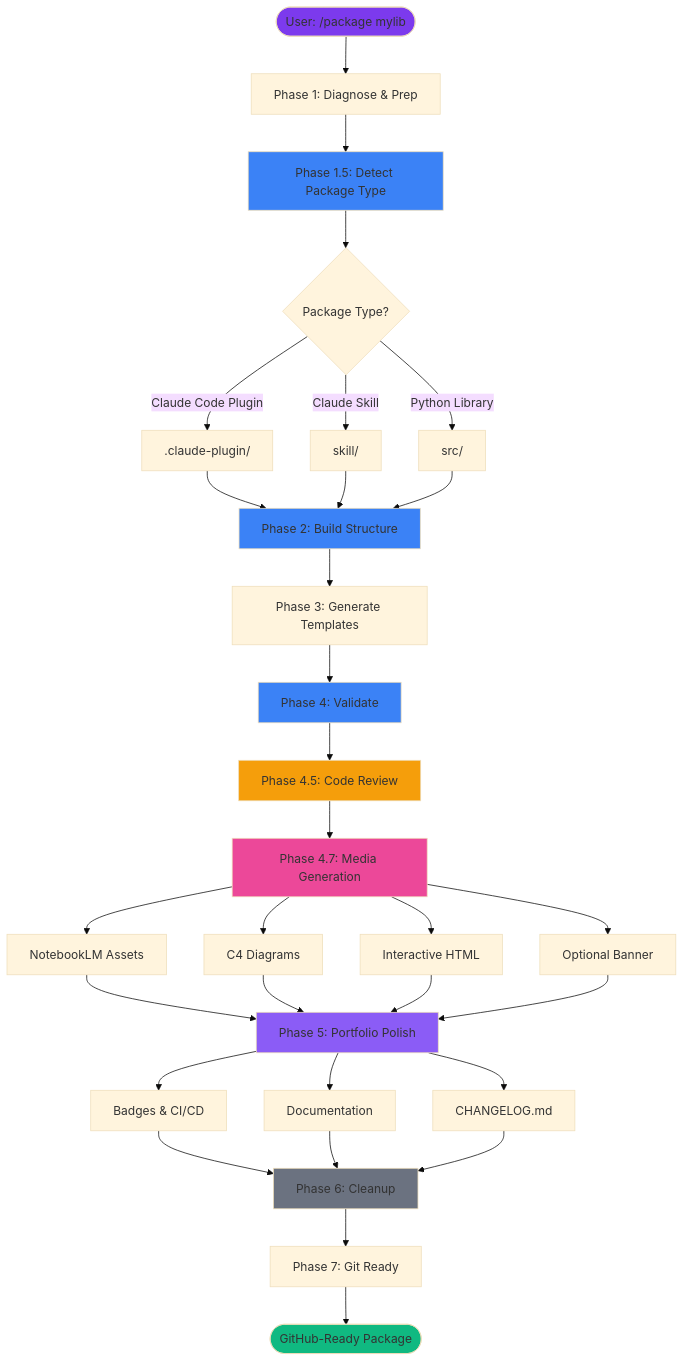
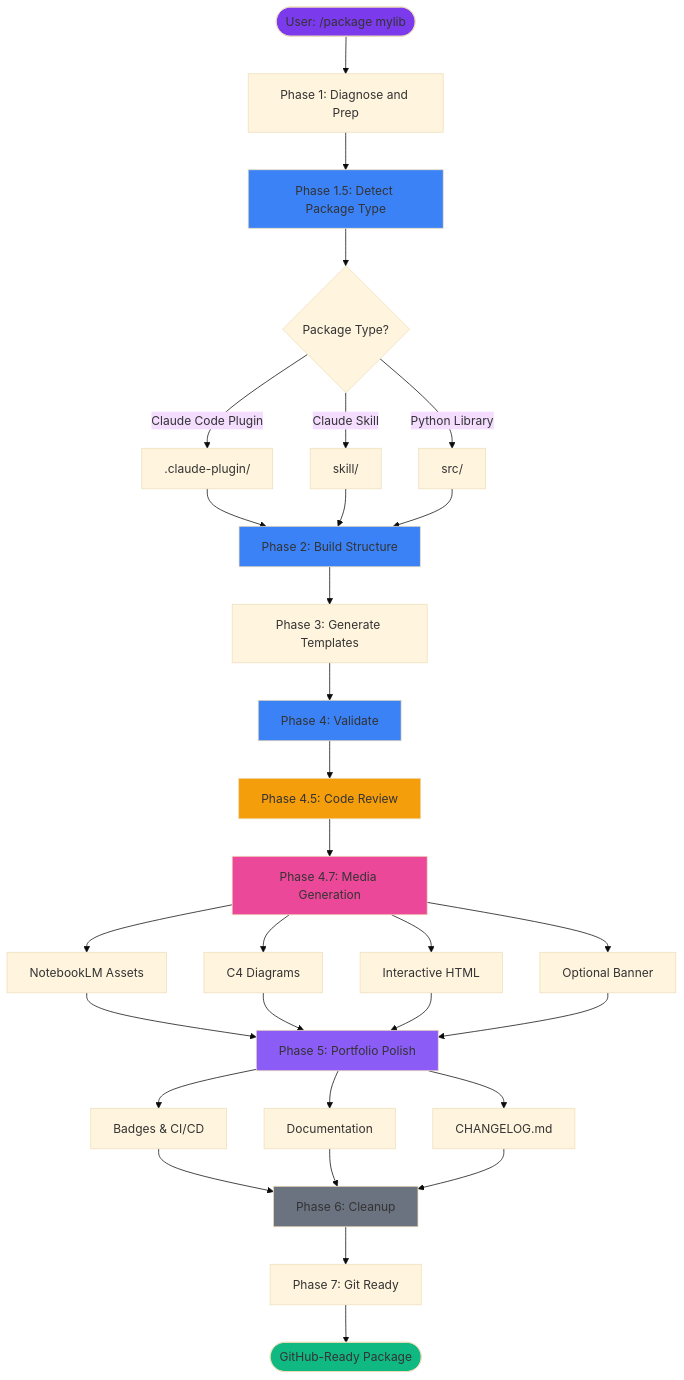
The first of 3 diagrams in README.md (EndUser123/github-ready), drawn with Mermaid (base theme) before and after one commit. The commit also changed other lines of this file, not shown here.

Commit message:
docs: update README documentation## WHY Documentation update needed.
## WHAT
- Update README.md

## VERIFICATION
Review changes manually.

````diff
--- a/README.md
+++ b/README.md
@@ -145,52 +145,52 @@
 ```mermaid
 graph TB
-    Start([User: /package mylib]) --> Prep[Phase 1: Diagnose & Prep]
+    Start([User: /package mylib]) --> Prep[Phase 1: Diagnose and Prep]
     Prep --> Detect[Phase 1.5: Detect Package Type]
 
     Detect --> Type{Package Type?}
 
     Type -->|Claude Code Plugin| Plugin1[.claude-plugin/]
     Type -->|Claude Skill| Skill1[skill/]
     Type -->|Python Library| Lib1[src/]
 
     Plugin1 --> Build[Phase 2: Build Structure]
     Skill1 --> Build
     Lib1 --> Build
 
     Build --> Templates[Phase 3: Generate Templates]
     Templates --> Validate[Phase 4: Validate]
 
     Validate --> CodeReview[Phase 4.5: Code Review]
     CodeReview --> Media[Phase 4.7: Media Generation]
 
     Media --> NotebookLM[NotebookLM Assets]
     Media --> Mermaid[C4 Diagrams]
     Media --> HTML[Interactive HTML]
     Media --> OpenRouter[Optional Banner]
 
     NotebookLM --> Polish[Phase 5: Portfolio Polish]
     Mermaid --> Polish
     HTML --> Polish
     OpenRouter --> Polish
 
     Polish --> Badges[Badges & CI/CD]
     Polish --> Docs[Documentation]
     Polish --> Changelog[CHANGELOG.md]
 
     Badges --> Clean[Phase 6: Cleanup]
     Docs --> Clean
     Changelog --> Clean
 
     Clean --> Git[Phase 7: Git Ready]
     Git --> Complete([GitHub-Ready Package])
 
     style Start fill:#7c3aed
     style Complete fill:#10b981
     style Detect fill:#3b82f6
     style Build fill:#3b82f6
     style Validate fill:#3b82f6
     style CodeReview fill:#f59e0b
     style Media fill:#ec4899
     style Polish fill:#8b5cf6
     style Clean fill:#6b7280
 ```
````
